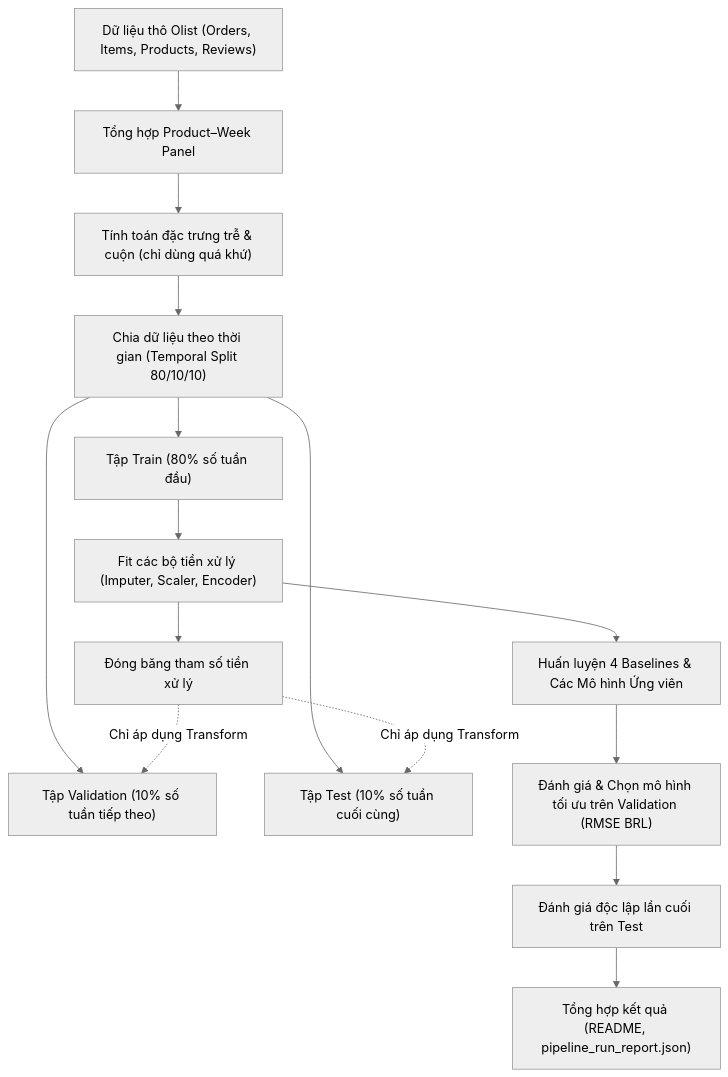
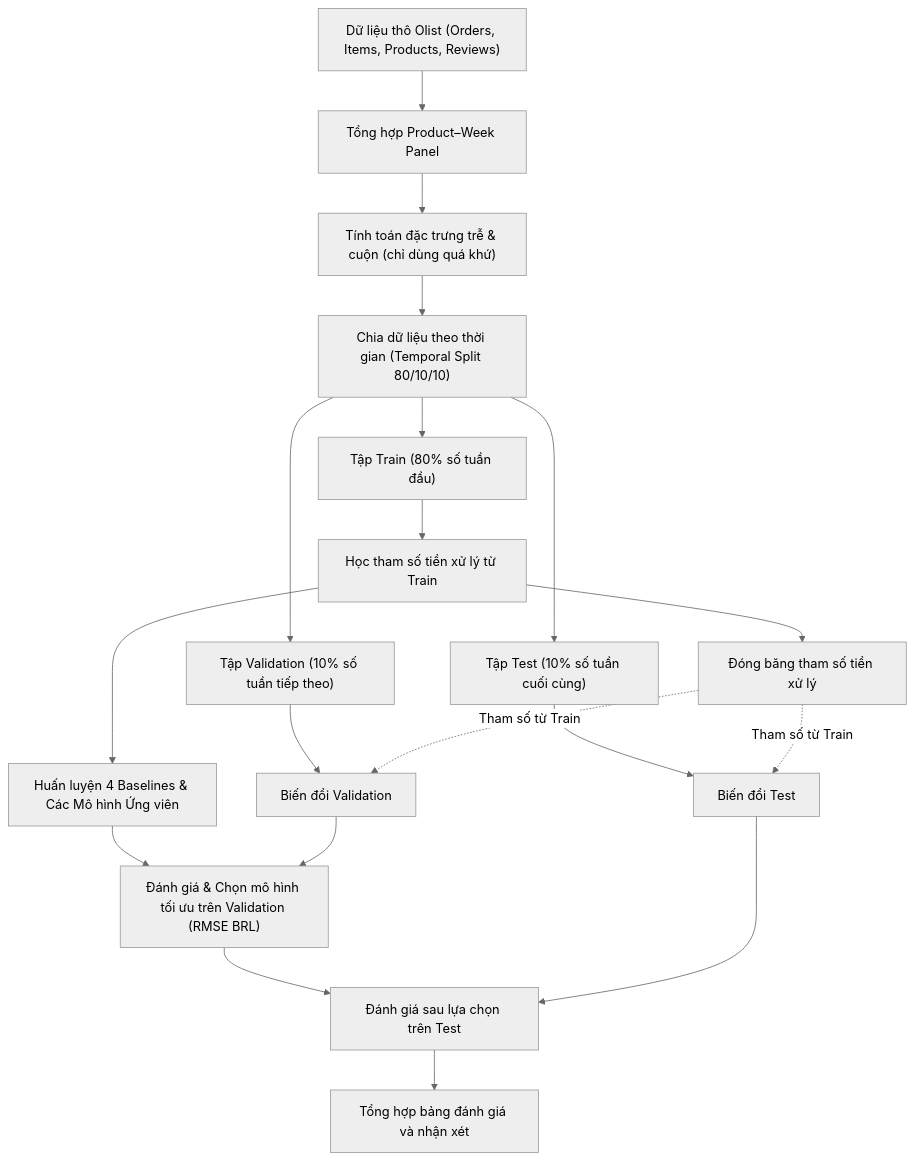
One commit to iamtien77/sales_predictor changed the diagram in docs/algorithms/README.md. Above: the diagram before and after it, drawn with Mermaid (neutral theme). The commit also changed other lines of this file and 10 other files, not shown here.

````diff
--- a/docs/algorithms/README.md
+++ b/docs/algorithms/README.md
@@ -61,17 +61,21 @@
 ```mermaid
 flowchart TD
     A["Dữ liệu thô Olist (Orders, Items, Products, Reviews)"] --> B["Tổng hợp Product–Week Panel"]
     B --> C["Tính toán đặc trưng trễ & cuộn (chỉ dùng quá khứ)"]
     C --> D["Chia dữ liệu theo thời gian (Temporal Split 80/10/10)"]
     D --> E["Tập Train (80% số tuần đầu)"]
     D --> F["Tập Validation (10% số tuần tiếp theo)"]
     D --> G["Tập Test (10% số tuần cuối cùng)"]
-    E --> H["Fit các bộ tiền xử lý (Imputer, Scaler, Encoder)"]
+    E --> H["Học tham số tiền xử lý từ Train"]
     H --> I["Đóng băng tham số tiền xử lý"]
-    I -.->|Chỉ áp dụng Transform| F
-    I -.->|Chỉ áp dụng Transform| G
+    F --> V["Biến đổi Validation"]
+    G --> T["Biến đổi Test"]
+    I -.->|Tham số từ Train| V
+    I -.->|Tham số từ Train| T
     H --> J["Huấn luyện 4 Baselines & Các Mô hình Ứng viên"]
     J --> K["Đánh giá & Chọn mô hình tối ưu trên Validation (RMSE BRL)"]
-    K --> L["Đánh giá độc lập lần cuối trên Test"]
-    L --> M["Tổng hợp kết quả (README, pipeline_run_report.json)"]
+    V --> K
+    K --> L["Đánh giá sau lựa chọn trên Test"]
+    T --> L
+    L --> M["Tổng hợp bảng đánh giá và nhận xét"]
 ```
````
